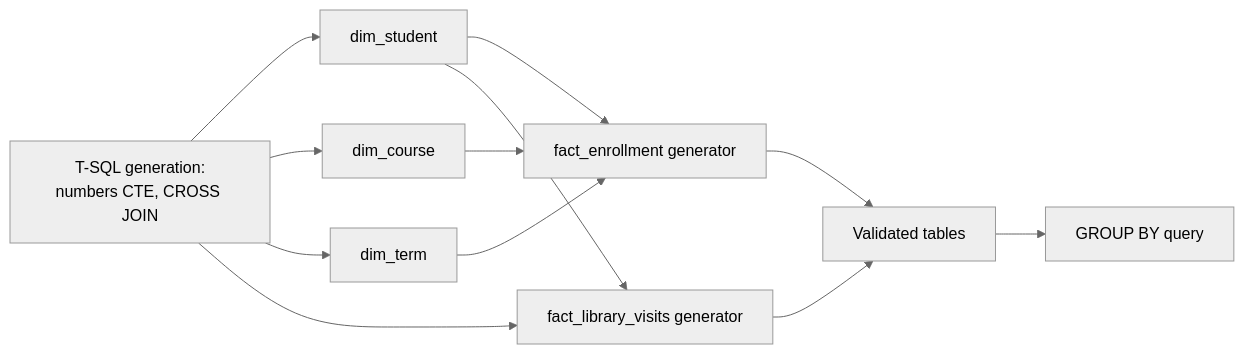
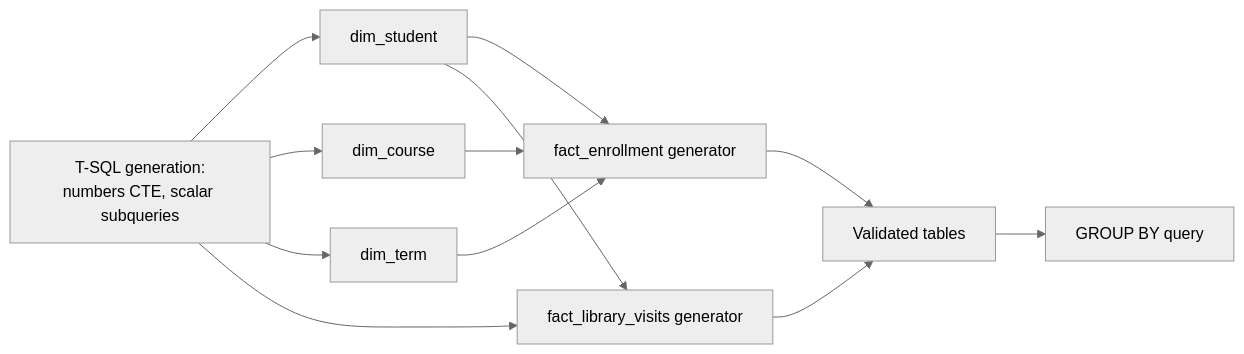
Before and after one commit to anhubsch/powerbi-sql: the diagram in labs/university/01-sql-generation.md, drawn with Mermaid (neutral theme). The commit also changed 7 other files, not shown here.

Commit message:
Fix bugs found in audit: random-generation percentage bug, broken cross-references, diagram mislabels, redundant DAX, stale README

````diff
--- a/labs/university/01-sql-generation.md
+++ b/labs/university/01-sql-generation.md
@@ -41,14 +41,14 @@
 ```mermaid
 flowchart LR
-    A[T-SQL generation:<br/>numbers CTE, CROSS JOIN] --> B[dim_student]
+    A[T-SQL generation:<br/>numbers CTE, scalar subqueries] --> B[dim_student]
     A --> C[dim_course]
     A --> D[dim_term]
     B --> E[fact_enrollment generator]
     C --> E
     D --> E
     A --> F[fact_library_visits generator]
     B --> F
     E --> G[Validated tables]
     F --> G
     G --> H[GROUP BY query]
 ```
````
